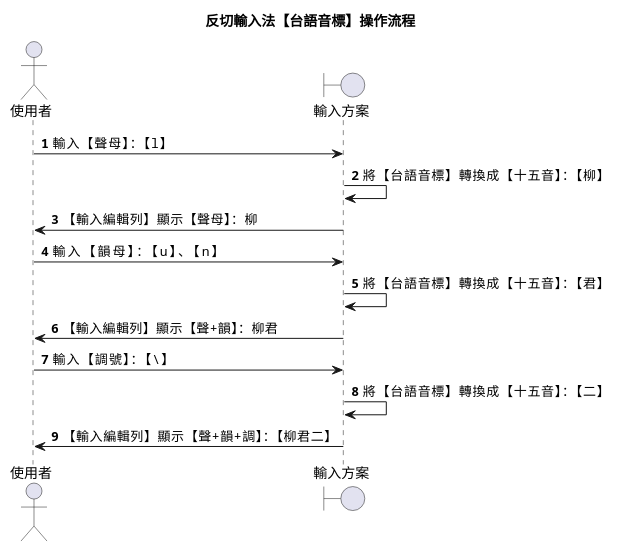
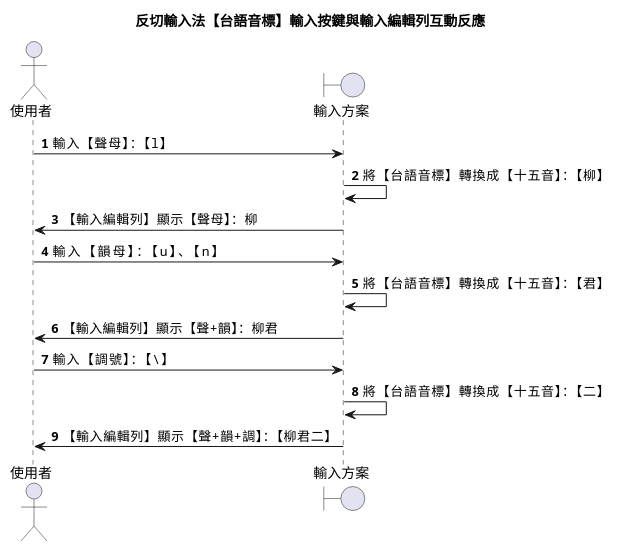
The second of 17 diagrams in docs/310_反切輸入法【台語音標】設計規格.md (AlanJui/rime-tlpa), drawn with PlantUML before and after one commit. The commit also changed other lines of this file and 13 other files, not shown here.

````diff
--- a/docs/310_反切輸入法【台語音標】設計規格.md
+++ b/docs/310_反切輸入法【台語音標】設計規格.md
@@ -116,21 +143,21 @@
 ```plantuml
 @startuml
-title 反切輸入法【台語音標】操作流程
+title 反切輸入法【台語音標】輸入按鍵與輸入編輯列互動反應
 actor 使用者 as user
 boundary 輸入方案 as ime
 autonumber
 
 user -> ime : 輸入【聲母】：【l】
 ime -> ime : 將【台語音標】轉換成【十五音】：【柳】
 ime -> user : 【輸入編輯列】顯示【聲母】：柳
 
 user -> ime : 輸入【韻母】：【u】、【n】
 ime -> ime : 將【台語音標】轉換成【十五音】：【君】
 ime -> user : 【輸入編輯列】顯示【聲+韻】：柳君
 
 user -> ime : 輸入【調號】：【\】
 ime -> ime : 將【台語音標】轉換成【十五音】：【二】
 ime -> user : 【輸入編輯列】顯示【聲+韻+調】：【柳君二】
 
 @enduml
 ```
````
